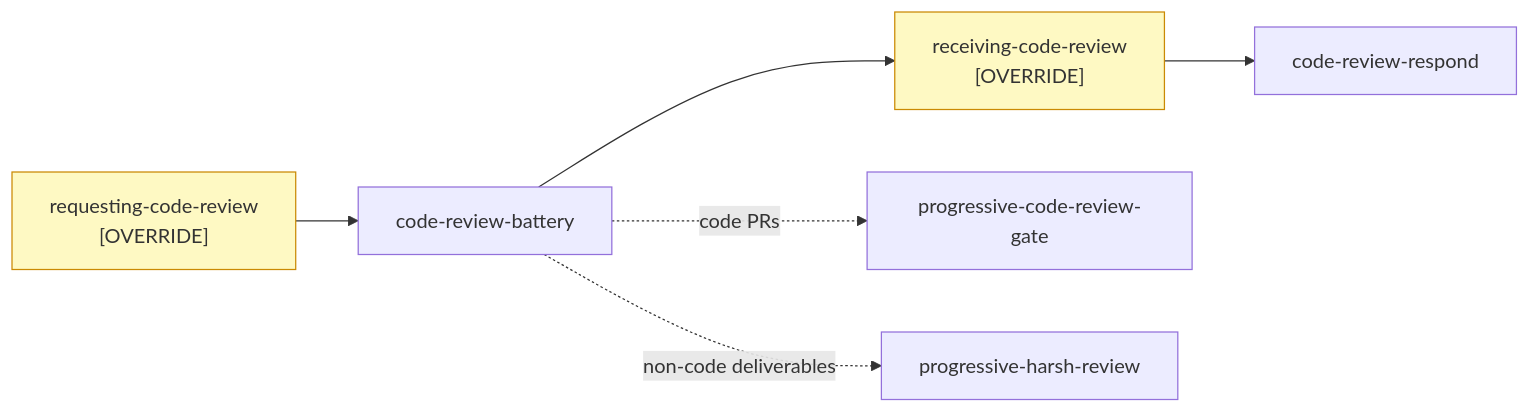
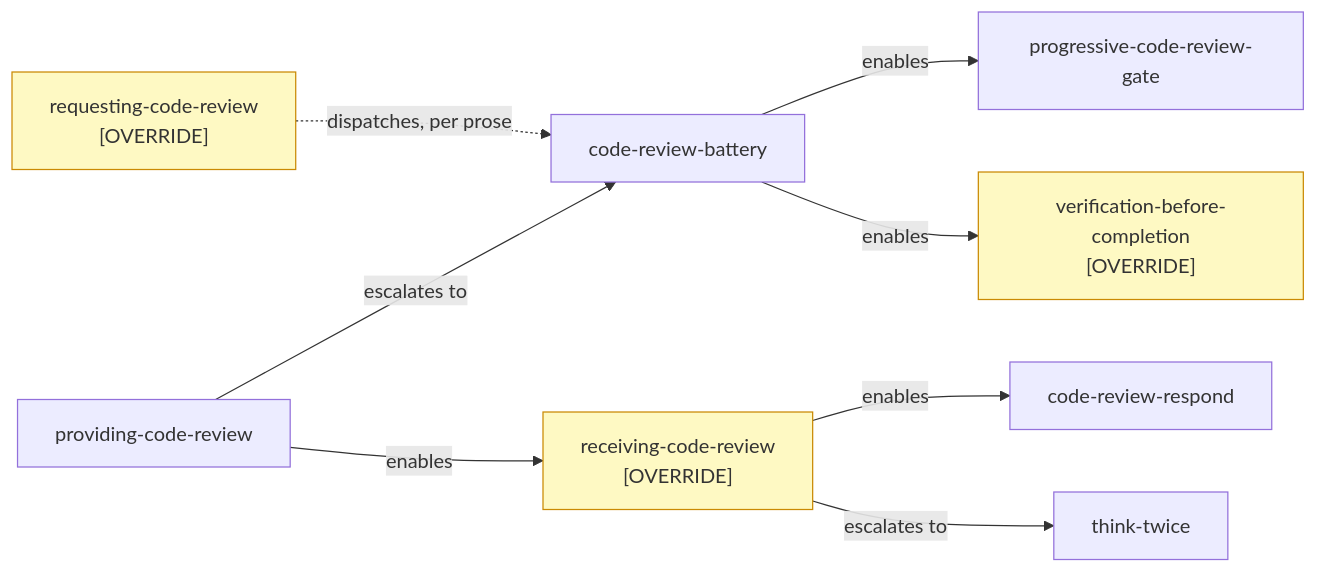
One commit to bordenet/superpowers-plus changed the sixth of 6 diagrams in docs/SKILL_TAXONOMY.md. Above: the diagram before and after it, drawn with Mermaid. The commit also changed other lines of this file and 8 other files, not shown here.

````diff
--- a/docs/SKILL_TAXONOMY.md
+++ b/docs/SKILL_TAXONOMY.md
@@ -232,17 +209,21 @@
 ```mermaid
 flowchart LR
     classDef ovrd fill:#fef9c3,stroke:#ca8a04
 
     RQR["requesting-code-review<br/>[OVERRIDE]"]:::ovrd
     CRB[code-review-battery]
+    PCRG[progressive-code-review-gate]
+    VBC["verification-before-completion<br/>[OVERRIDE]"]:::ovrd
+    PCR[providing-code-review]
     RCV["receiving-code-review<br/>[OVERRIDE]"]:::ovrd
     CRR[code-review-respond]
-    PCRG[progressive-code-review-gate]
-    PHR[progressive-harsh-review]
+    TWT[think-twice]
 
-    RQR --> CRB
-    CRB --> RCV
-    RCV --> CRR
-    CRB -.->|code PRs| PCRG
-    CRB -.->|non-code deliverables| PHR
+    RQR -.->|dispatches, per prose| CRB
+    CRB -->|enables| PCRG
+    CRB -->|enables| VBC
+    PCR -->|escalates to| CRB
+    PCR -->|enables| RCV
+    RCV -->|enables| CRR
+    RCV -->|escalates to| TWT
 ```
````
